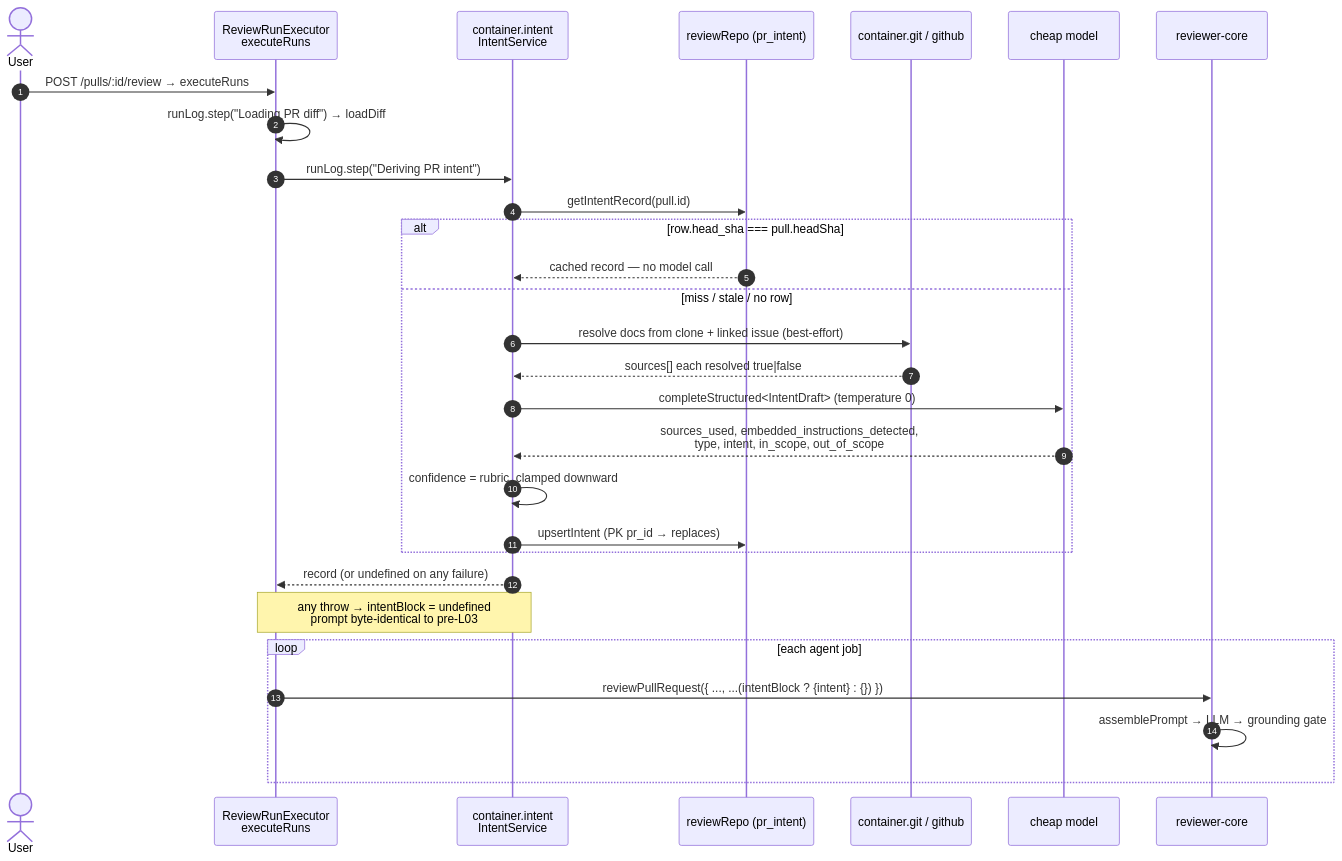
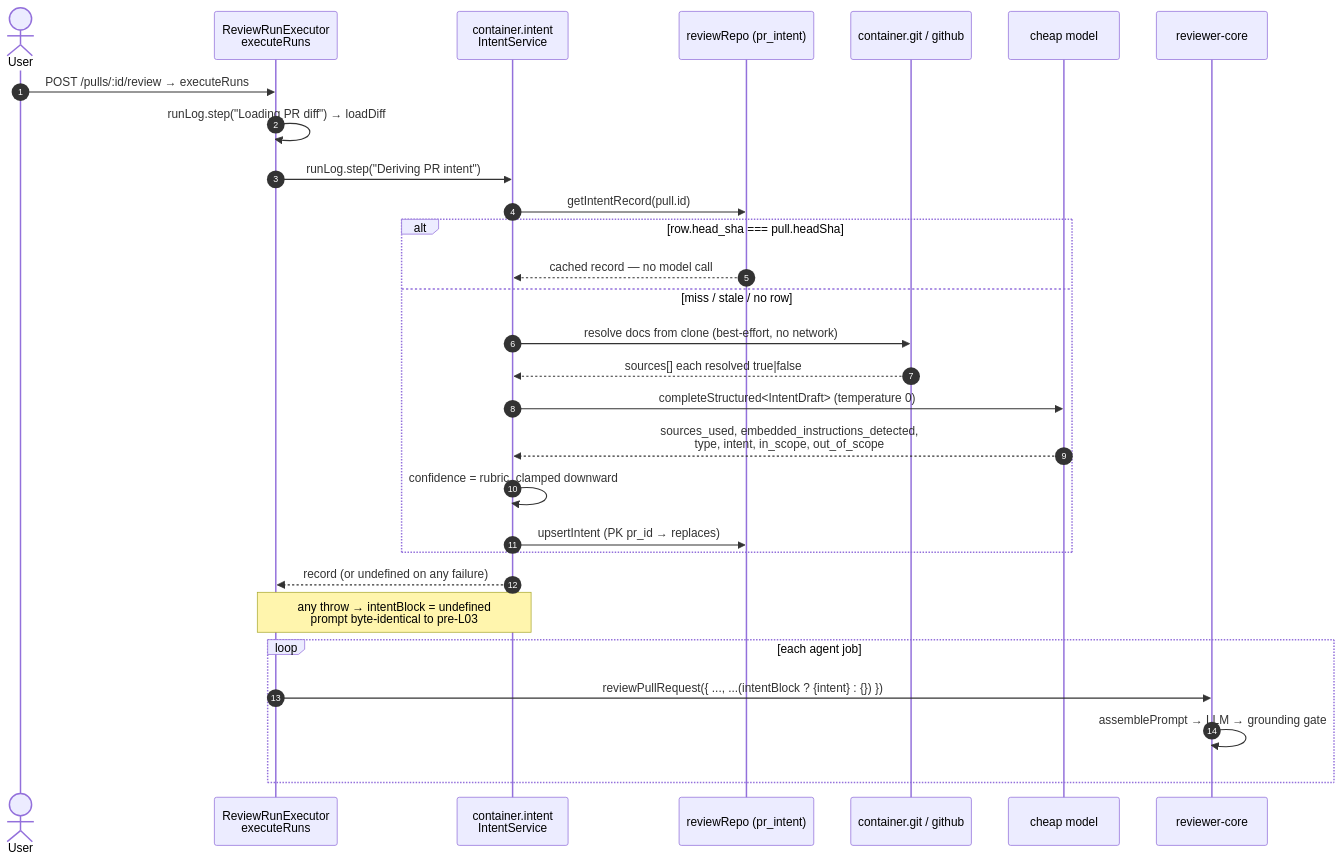
Before and after one commit to AlexLoyko/dev-digest: the diagram in server/specs/0002-pr-intent-layer.md, drawn with Mermaid. The commit also changed other lines of this file and 9 other files, not shown here.

````diff
--- a/server/specs/0002-pr-intent-layer.md
+++ b/server/specs/0002-pr-intent-layer.md
@@ -110,32 +110,32 @@
 ```mermaid
 sequenceDiagram
     autonumber
     actor U as User
     participant X as ReviewRunExecutor<br/>executeRuns
     participant I as container.intent<br/>IntentService
     participant DB as reviewRepo (pr_intent)
     participant G as container.git / github
     participant L as cheap model
     participant E as reviewer-core
 
     U->>X: POST /pulls/:id/review → executeRuns
     X->>X: runLog.step("Loading PR diff") → loadDiff
     X->>I: runLog.step("Deriving PR intent")
     I->>DB: getIntentRecord(pull.id)
     alt row.head_sha === pull.headSha
         DB-->>I: cached record — no model call
     else miss / stale / no row
-        I->>G: resolve docs from clone + linked issue (best-effort)
+        I->>G: resolve docs from clone (best-effort, no network)
         G-->>I: sources[] each resolved true|false
         I->>L: completeStructured<IntentDraft> (temperature 0)
         L-->>I: sources_used, embedded_instructions_detected,<br/>type, intent, in_scope, out_of_scope
         I->>I: confidence = rubric, clamped downward
         I->>DB: upsertIntent (PK pr_id → replaces)
     end
     I-->>X: record (or undefined on any failure)
     Note over X,I: any throw → intentBlock = undefined<br/>prompt byte-identical to pre-L03
     loop each agent job
         X->>E: reviewPullRequest({ ..., ...(intentBlock ? {intent} : {}) })
         E->>E: assemblePrompt → LLM → grounding gate
     end
 ```
````
